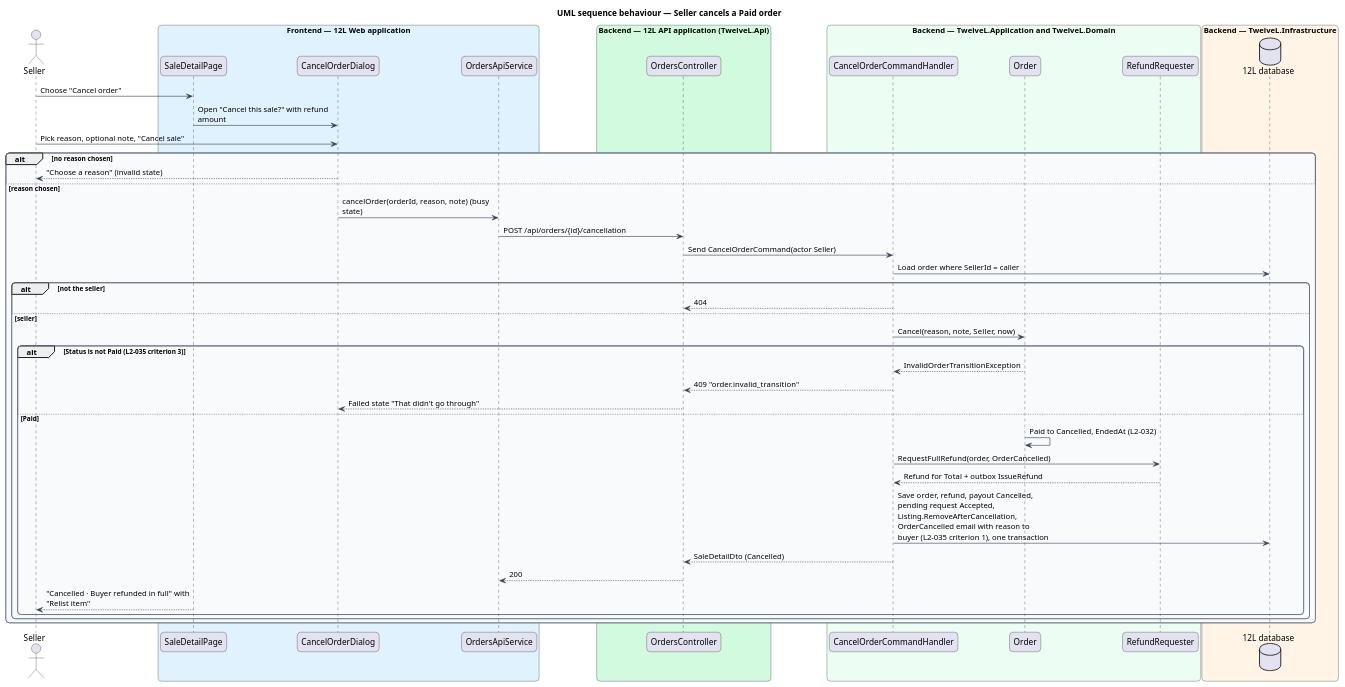
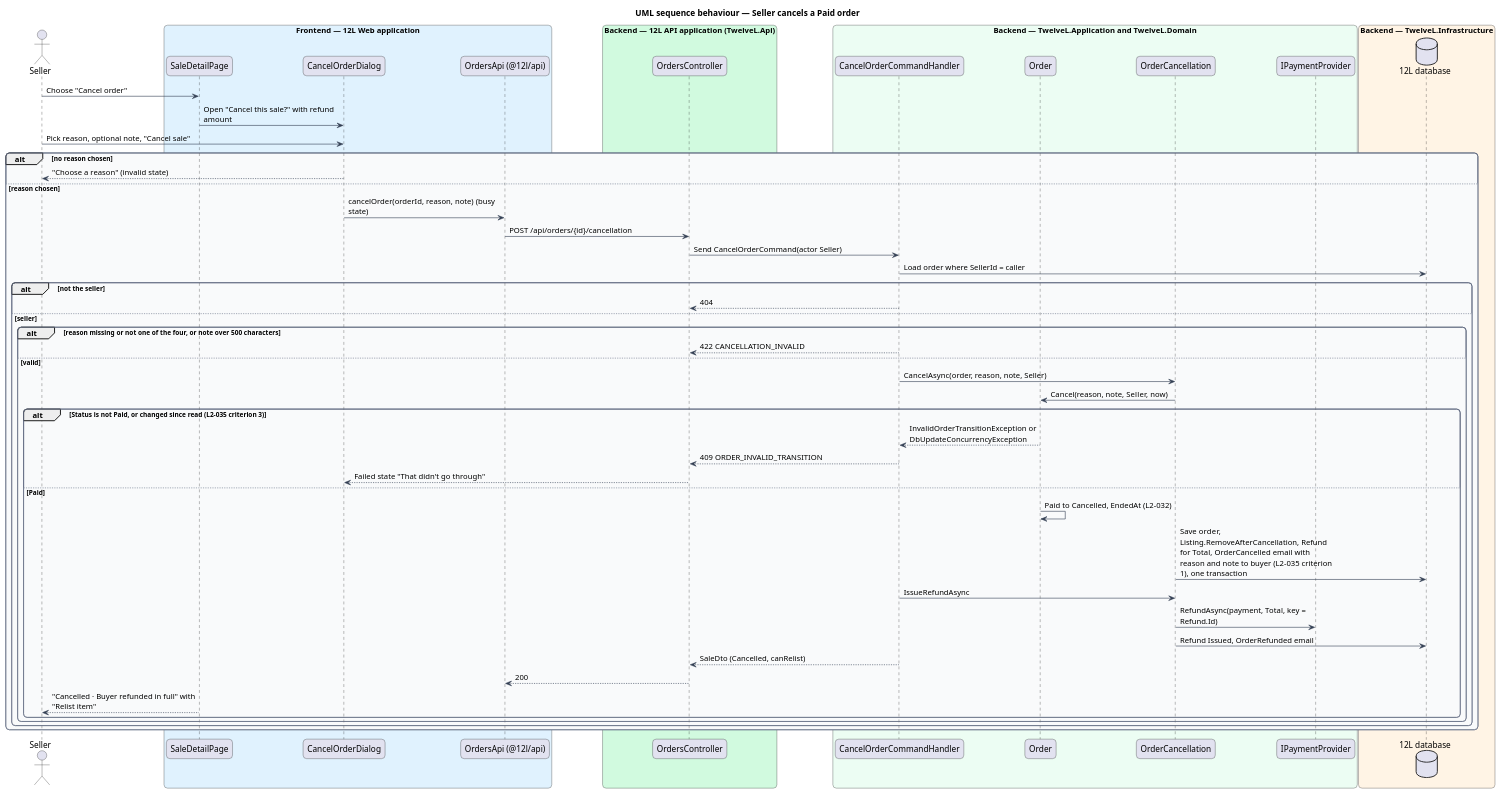
The diagram in docs/detailed-designs/orders/cancel-order/diagrams/sequence-seller-cancel.puml (QuinntyneBrown/12l), drawn with PlantUML before and after one commit. The commit also changed 85 other files, not shown here.

Commit message:
Document cancel-order: design, ADR orders/0006, design system, composition, mocks, L2-035, estimates

```diff
--- a/docs/detailed-designs/orders/cancel-order/diagrams/sequence-seller-cancel.puml
+++ b/docs/detailed-designs/orders/cancel-order/diagrams/sequence-seller-cancel.puml
@@ -1,65 +1,72 @@
 @startuml
 title UML sequence behaviour — Seller cancels a Paid order
 skinparam backgroundColor #FFFFFF
 skinparam shadowing false
 skinparam roundcorner 12
 skinparam defaultFontName Arial
 skinparam ArrowColor #344054
 skinparam rectangle {
   BorderColor #344054
   FontColor #101828
 }
 skinparam package {
   BorderColor #667085
   FontColor #101828
   BackgroundColor #F9FAFB
 }
 skinparam sequenceMessageAlign left
 skinparam maxMessageSize 260
 actor "Seller" as actor
 box "Frontend — 12L Web application" #E0F2FE
   participant "SaleDetailPage" as page
   participant "CancelOrderDialog" as dlg
-  participant "OrdersApiService" as client
+  participant "OrdersApi (@12l/api)" as client
 end box
 box "Backend — 12L API application (TwelveL.Api)" #D1FADF
   participant "OrdersController" as ctrl
 end box
 box "Backend — TwelveL.Application and TwelveL.Domain" #ECFDF3
   participant "CancelOrderCommandHandler" as h
   participant "Order" as order
-  participant "RefundRequester" as rr
+  participant "OrderCancellation" as rr
+  participant "IPaymentProvider" as pay
 end box
 box "Backend — TwelveL.Infrastructure" #FFF4E5
   database "12L database" as db
 end box
 actor -> page : Choose "Cancel order"
 page -> dlg : Open "Cancel this sale?" with refund amount
 actor -> dlg : Pick reason, optional note, "Cancel sale"
 alt no reason chosen
   dlg --> actor : "Choose a reason" (invalid state)
 else reason chosen
   dlg -> client : cancelOrder(orderId, reason, note) (busy state)
   client -> ctrl : POST /api/orders/{id}/cancellation
   ctrl -> h : Send CancelOrderCommand(actor Seller)
   h -> db : Load order where SellerId = caller
   alt not the seller
     h --> ctrl : 404
   else seller
-    h -> order : Cancel(reason, note, Seller, now)
-    alt Status is not Paid (L2-035 criterion 3)
-      order --> h : InvalidOrderTransitionException
-      h --> ctrl : 409 "order.invalid_transition"
-      ctrl --> dlg : Failed state "That didn't go through"
-    else Paid
-      order -> order : Paid to Cancelled, EndedAt (L2-032)
-      h -> rr : RequestFullRefund(order, OrderCancelled)
-      rr --> h : Refund for Total + outbox IssueRefund
-      h -> db : Save order, refund, payout Cancelled, pending request Accepted, Listing.RemoveAfterCancellation, OrderCancelled email with reason to buyer (L2-035 criterion 1), one transaction
-      h --> ctrl : SaleDetailDto (Cancelled)
+    alt reason missing or not one of the four, or note over 500 characters
+      h --> ctrl : 422 CANCELLATION_INVALID
+    else valid
+      h -> rr : CancelAsync(order, reason, note, Seller)
+      rr -> order : Cancel(reason, note, Seller, now)
+      alt Status is not Paid, or changed since read (L2-035 criterion 3)
+        order --> h : InvalidOrderTransitionException or DbUpdateConcurrencyException
+        h --> ctrl : 409 ORDER_INVALID_TRANSITION
+        ctrl --> dlg : Failed state "That didn't go through"
+      else Paid
+        order -> order : Paid to Cancelled, EndedAt (L2-032)
+        rr -> db : Save order, Listing.RemoveAfterCancellation, Refund for Total, OrderCancelled email with reason and note to buyer (L2-035 criterion 1), one transaction
+        h -> rr : IssueRefundAsync
+        rr -> pay : RefundAsync(payment, Total, key = Refund.Id)
+        rr -> db : Refund Issued, OrderRefunded email
+        h --> ctrl : SaleDto (Cancelled, canRelist)
       ctrl --> client : 200
-      page --> actor : "Cancelled · Buyer refunded in full" with "Relist item"
+        page --> actor : "Cancelled · Buyer refunded in full" with "Relist item"
+      end
     end
   end
 end
 @enduml
```
